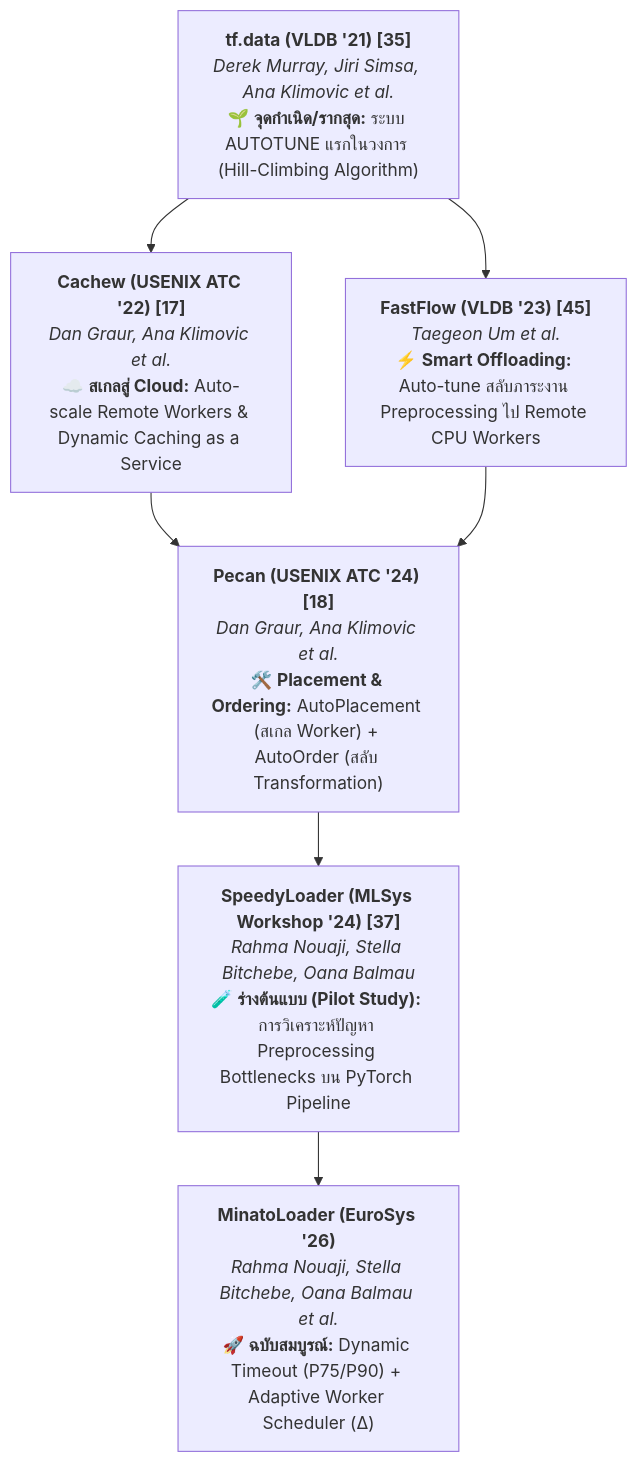
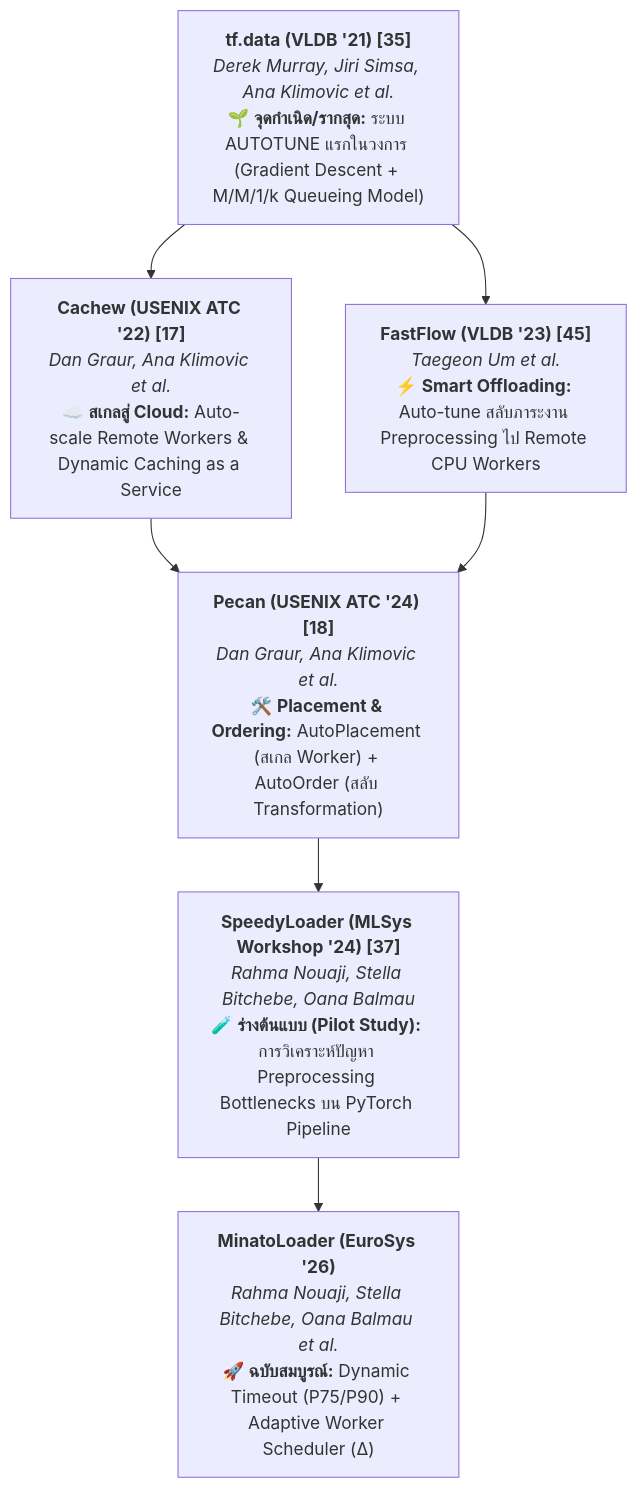
The first of 2 diagrams in 01_Knowledge_Base/02_Notes/MinatoLoader_Citation_and_Foundation_Analysis.md (suthipongg/thesis), drawn with Mermaid before and after one commit. The commit also changed other lines of this file and 32 other files, not shown here.

````diff
--- a/01_Knowledge_Base/02_Notes/MinatoLoader_Citation_and_Foundation_Analysis.md
+++ b/01_Knowledge_Base/02_Notes/MinatoLoader_Citation_and_Foundation_Analysis.md
@@ -67,16 +67,16 @@
 ```mermaid
 graph TD
-    A["<b>tf.data (VLDB '21) [35]</b><br/><i>Derek Murray, Jiri Simsa, Ana Klimovic et al.</i><br/>🌱 <b>จุดกำเนิด/รากสุด:</b> ระบบ AUTOTUNE แรกในวงการ (Hill-Climbing Algorithm)"]
+    A["<b>tf.data (VLDB '21) [35]</b><br/><i>Derek Murray, Jiri Simsa, Ana Klimovic et al.</i><br/>🌱 <b>จุดกำเนิด/รากสุด:</b> ระบบ AUTOTUNE แรกในวงการ (Gradient Descent + M/M/1/k Queueing Model)"]
     
     A --> B["<b>Cachew (USENIX ATC '22) [17]</b><br/><i>Dan Graur, Ana Klimovic et al.</i><br/>☁️ <b>สเกลสู่ Cloud:</b> Auto-scale Remote Workers & Dynamic Caching as a Service"]
     
     A --> C["<b>FastFlow (VLDB '23) [45]</b><br/><i>Taegeon Um et al.</i><br/>⚡ <b>Smart Offloading:</b> Auto-tune สลับภาระงาน Preprocessing ไป Remote CPU Workers"]
     
     B --> D["<b>Pecan (USENIX ATC '24) [18]</b><br/><i>Dan Graur, Ana Klimovic et al.</i><br/>🛠️ <b>Placement & Ordering:</b> AutoPlacement (สเกล Worker) + AutoOrder (สลับ Transformation)"]
     
     C --> D
 
     D --> F["<b>SpeedyLoader (MLSys Workshop '24) [37]</b><br/><i>Rahma Nouaji, Stella Bitchebe, Oana Balmau</i><br/>🧪 <b>ร่างต้นแบบ (Pilot Study):</b> การวิเคราะห์ปัญหา Preprocessing Bottlenecks บน PyTorch Pipeline"]
     
     F --> E["<b>MinatoLoader (EuroSys '26)</b><br/><i>Rahma Nouaji, Stella Bitchebe, Oana Balmau et al.</i><br/>🚀 <b>ฉบับสมบูรณ์:</b> Dynamic Timeout (P75/P90) + Adaptive Worker Scheduler (Δ)"]
 ```
````
